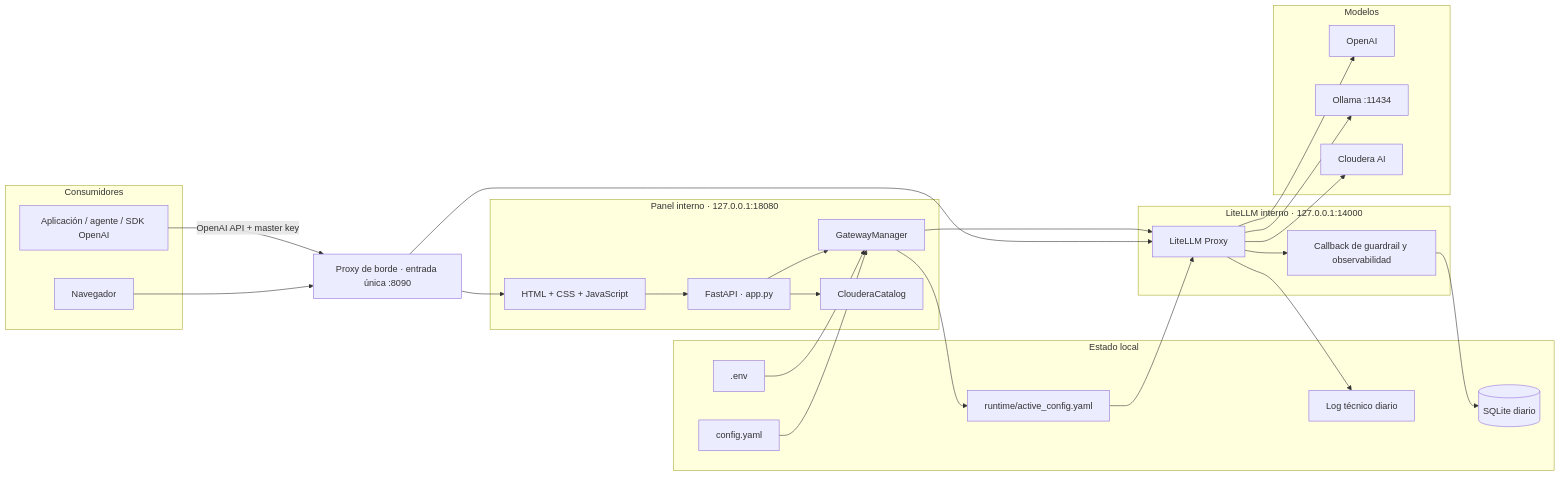
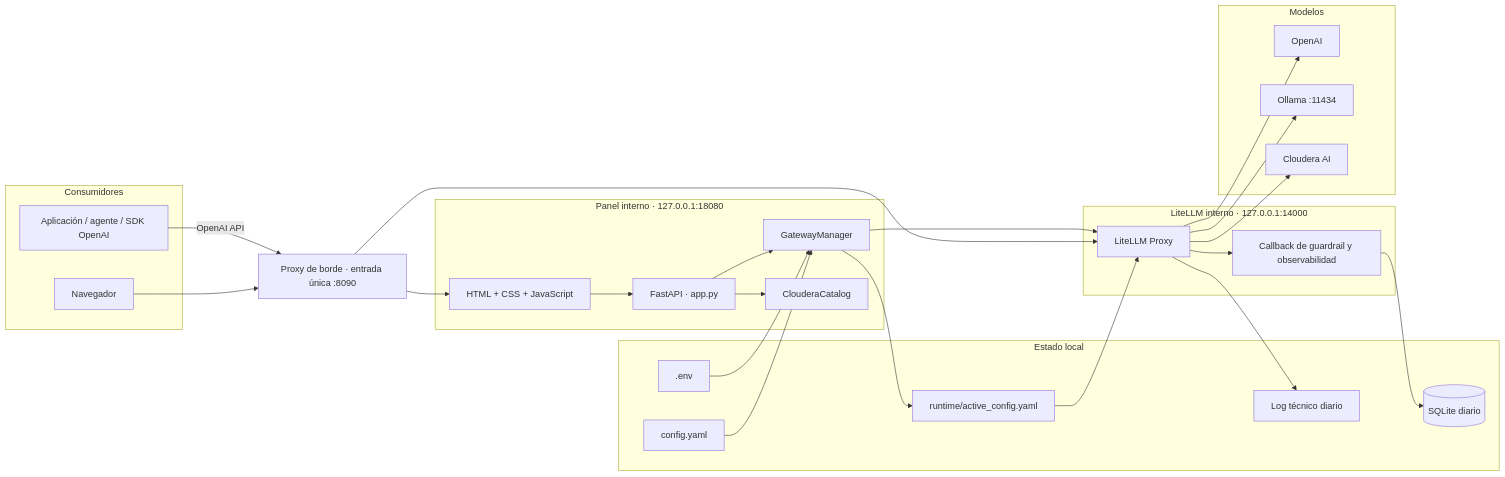
One commit to smerchanmole/AI-gateway changed the first of 4 diagrams in README.md. Above: the diagram before and after it, drawn with Mermaid. The commit also changed other lines of this file and 10 other files, not shown here.

````diff
--- a/README.md
+++ b/README.md
@@ -65,47 +65,47 @@
 ```mermaid
 flowchart LR
     subgraph CLIENTES["Consumidores"]
         WEB["Navegador"]
         APP["Aplicación / agente / SDK OpenAI"]
     end
 
     EDGE["Proxy de borde · entrada única :8090"]
 
     subgraph PANEL["Panel interno · 127.0.0.1:18080"]
         API["FastAPI · app.py"]
         UI["HTML + CSS + JavaScript"]
         CORE["GatewayManager"]
         CDP["ClouderaCatalog"]
     end
 
     subgraph PROXY["LiteLLM interno · 127.0.0.1:14000"]
         LLM["LiteLLM Proxy"]
         CALLBACK["Callback de guardrail y observabilidad"]
     end
 
     subgraph DATOS["Estado local"]
         YAML["config.yaml"]
         ENV[".env"]
         RUN["runtime/active_config.yaml"]
         SQLITE[("SQLite diario")]
         LOG["Log técnico diario"]
     end
 
     subgraph PROVEEDORES["Modelos"]
         OPENAI["OpenAI"]
         OLLAMA["Ollama :11434"]
         CLOUDERA["Cloudera AI"]
     end
 
     WEB --> EDGE --> UI --> API
-    APP -->|"OpenAI API + master key"| EDGE --> LLM
+    APP -->|"OpenAI API"| EDGE --> LLM
     API --> CORE --> LLM
     YAML --> CORE --> RUN --> LLM
     ENV --> CORE
     API --> CDP
     LLM --> CALLBACK --> SQLITE
     LLM --> LOG
     LLM --> OPENAI
     LLM --> OLLAMA
     LLM --> CLOUDERA
 ```
````
